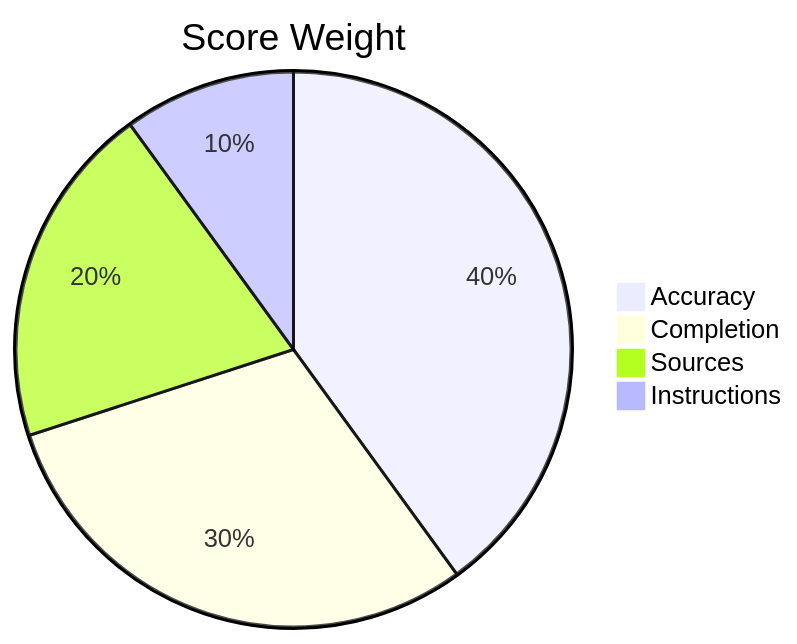
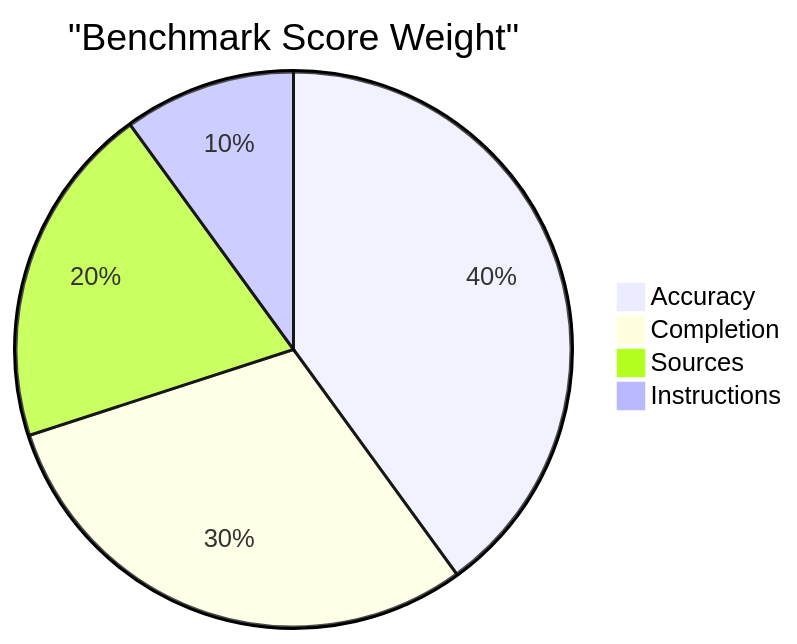
Diagram 14 of 23 in README.md (mahik2007/hackathon), drawn with Mermaid before and after one commit. The commit also changed other lines of this file, not shown here.

````diff
--- a/README.md
+++ b/README.md
@@ -257,7 +256,7 @@
 ```mermaid
-pie title Score Weight
+pie title "Benchmark Score Weight"
     "Accuracy" : 40
     "Completion" : 30
     "Sources" : 20
     "Instructions" : 10
 ```
````
